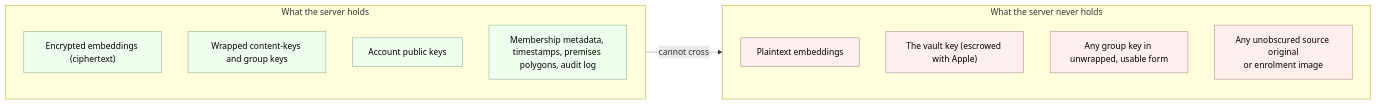
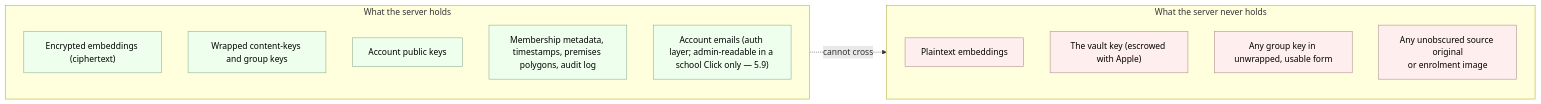
The second of 10 diagrams in PROTOCOL.md (carlheinmostert/myclick-protocol), drawn with Mermaid before and after one commit. The commit also changed other lines of this file, not shown here.

First line of the commit message:
protocol(§5.8,§5.9,§7.14): GDPR/POPI wave 1 — purpose set, structured names, biometric validation, verified-email exception

````diff
--- a/PROTOCOL.md
+++ b/PROTOCOL.md
@@ -412,23 +412,24 @@
 ```mermaid
 flowchart LR
     subgraph sees["What the server holds"]
         direction TB
         ct["Encrypted embeddings (ciphertext)"]
         wraps["Wrapped content-keys and group keys"]
         pub["Account public keys"]
         meta["Membership metadata, timestamps, premises polygons, audit log"]
+        email["Account emails (auth layer; admin-readable in a school Click only — 5.9)"]
     end
     subgraph never["What the server never holds"]
         direction TB
         plain["Plaintext embeddings"]
         vk["The vault key (escrowed with Apple)"]
         ugk["Any group key in unwrapped, usable form"]
         raw["Any unobscured source original<br/>or enrolment image"]
     end
     sees -.->|cannot cross| never
 
     classDef has fill:#efe,stroke:#8a8,color:#000;
     classDef hasnt fill:#fee,stroke:#a88,color:#000;
-    class ct,wraps,pub,meta has;
+    class ct,wraps,pub,meta,email has;
     class plain,vk,ugk,raw hasnt;
 ```
````
